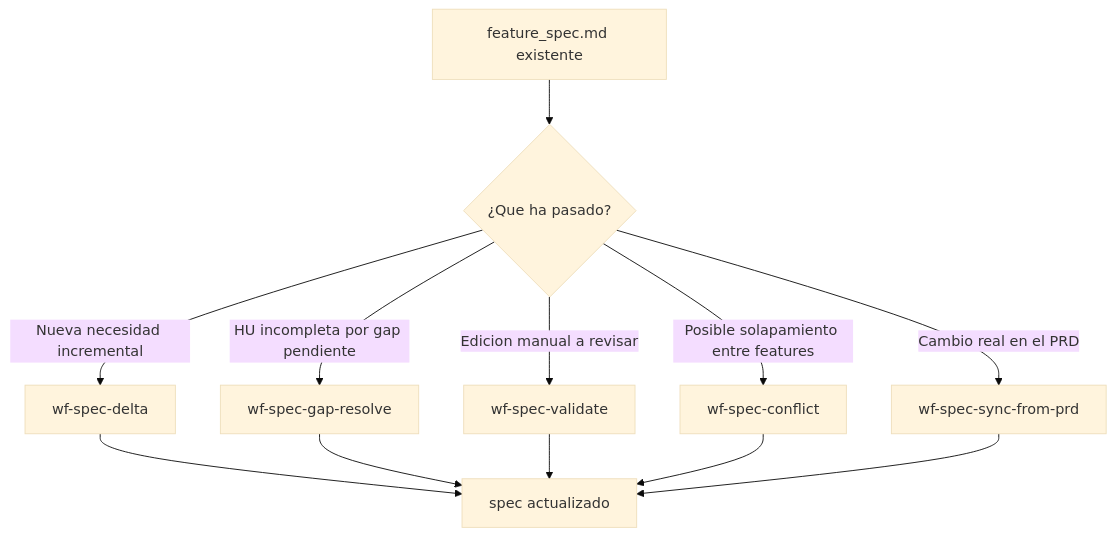
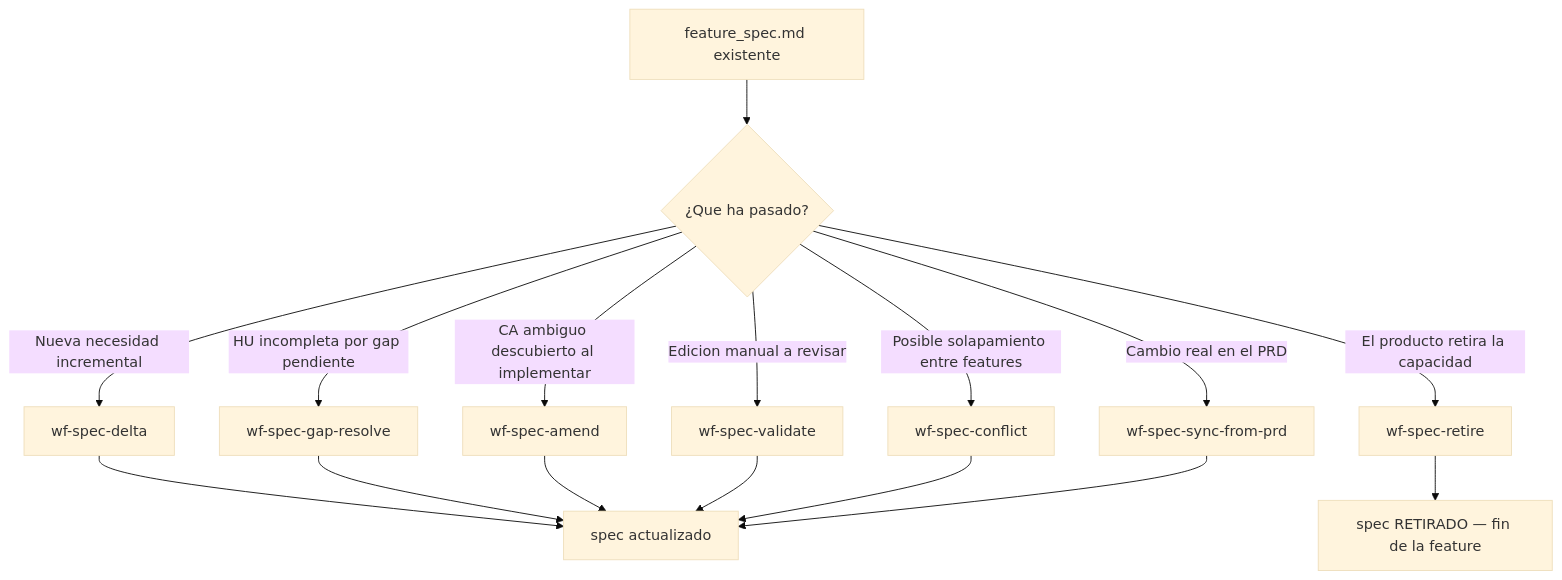
Before and after one commit to OspofeDeveloper/ai-dev-agents-lab: the fourth of 4 diagrams in sdd/pipeline/spec/DIAGRAMS.md, drawn with Mermaid (base theme). The commit also changed other lines of this file and 7 other files, not shown here.

````diff
--- a/sdd/pipeline/spec/DIAGRAMS.md
+++ b/sdd/pipeline/spec/DIAGRAMS.md
@@ -118,17 +118,21 @@
 ```mermaid
 flowchart TD
     Existing[feature_spec.md existente]
     Existing --> ChangeType{"¿Que ha pasado?"}
 
     ChangeType -->|Nueva necesidad incremental| Delta["wf-spec-delta"]
     ChangeType -->|HU incompleta por gap pendiente| Gap["wf-spec-gap-resolve"]
+    ChangeType -->|CA ambiguo descubierto al implementar| Amend["wf-spec-amend"]
     ChangeType -->|Edicion manual a revisar| Validate["wf-spec-validate"]
     ChangeType -->|Posible solapamiento entre features| Conflict["wf-spec-conflict"]
     ChangeType -->|Cambio real en el PRD| Sync["wf-spec-sync-from-prd"]
+    ChangeType -->|El producto retira la capacidad| Retire["wf-spec-retire"]
 
     Delta --> Updated[spec actualizado]
     Gap --> Updated
+    Amend --> Updated
     Validate --> Updated
     Conflict --> Updated
     Sync --> Updated
+    Retire --> Retired["spec RETIRADO — fin de la feature"]
 ```
````
